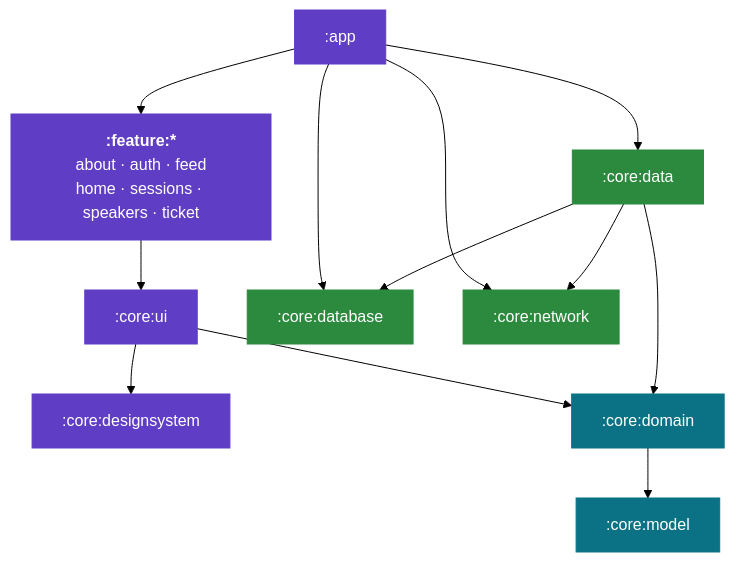
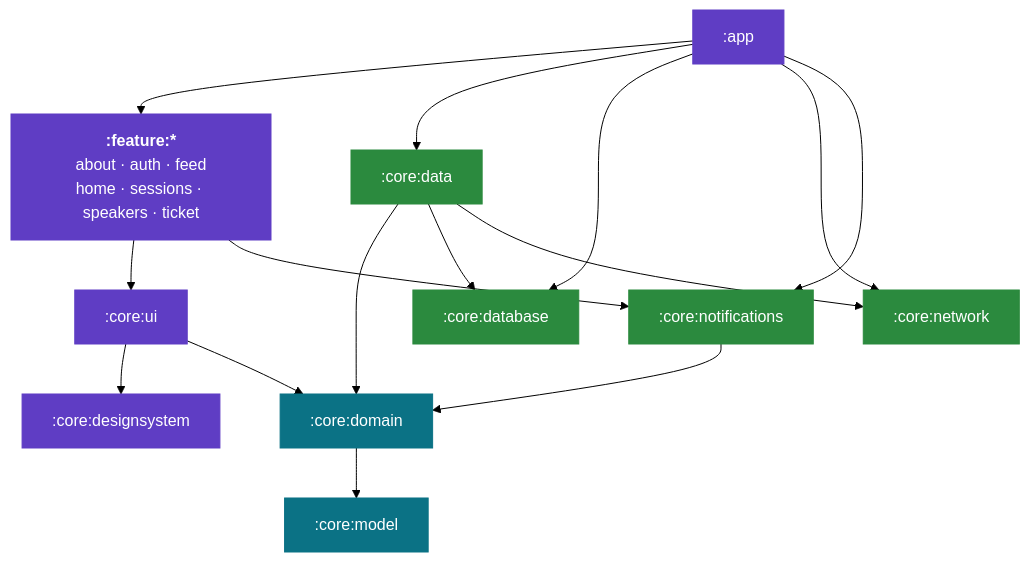
One commit to droidconKE/droidconKeKotlin changed the first of 2 diagrams in README.md. Above: the diagram before and after it, drawn with Mermaid (forest theme). The commit also changed other lines of this file and 89 other files, not shown here.

````diff
--- a/README.md
+++ b/README.md
@@ -94,33 +95,37 @@
 ```mermaid
 graph TD
     app[":app"]
     feature["<b>:feature:*</b><br/>about · auth · feed<br/>home · sessions · speakers · ticket"]
     ui[":core:ui"]
     ds[":core:designsystem"]
     domain[":core:domain"]
     model[":core:model"]
     data[":core:data"]
     database[":core:database"]
     network[":core:network"]
+    notifications[":core:notifications"]
 
     app --> feature
     app --> data
     app --> database
     app --> network
+    app --> notifications
 
     feature --> ui
+    feature --> notifications
     ui --> ds
     ui --> domain
     domain --> model
 
     data --> domain
     data --> database
     data --> network
+    notifications --> domain
 
     classDef pure fill:#0b7285,stroke:#0b7285,color:#ffffff;
     classDef uic fill:#5f3dc4,stroke:#5f3dc4,color:#ffffff;
     classDef io fill:#2b8a3e,stroke:#2b8a3e,color:#ffffff;
     class domain,model pure;
     class app,feature,ui,ds uic;
-    class data,database,network io;
+    class data,database,network,notifications io;
 ```
````
